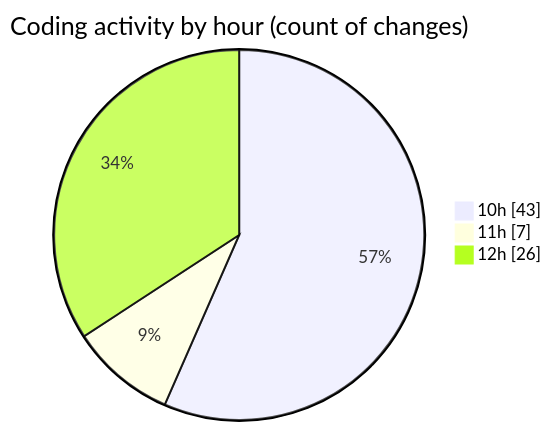
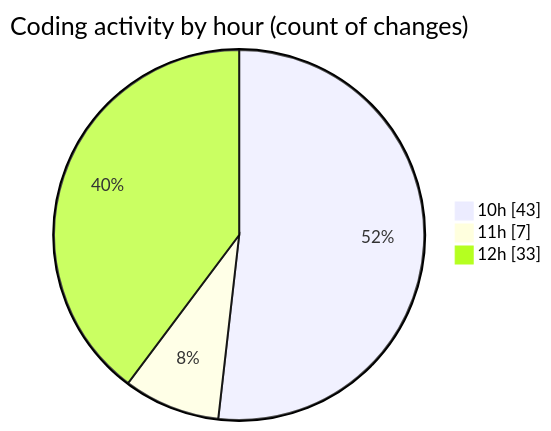
One commit to momahboobian/code-tracking changed the second of 2 diagrams in 2025-10-29/cda/README.md. Above: the diagram before and after it, drawn with Mermaid. The commit also changed other lines of this file and 1 other file, not shown here.

````diff
--- a/2025-10-29/cda/README.md
+++ b/2025-10-29/cda/README.md
@@ -52,7 +52,7 @@
 ```mermaid
 pie showData
 title Coding activity by hour (count of changes)
 "10h" : 43
 "11h" : 7
-"12h" : 26
+"12h" : 33
 ```
````
